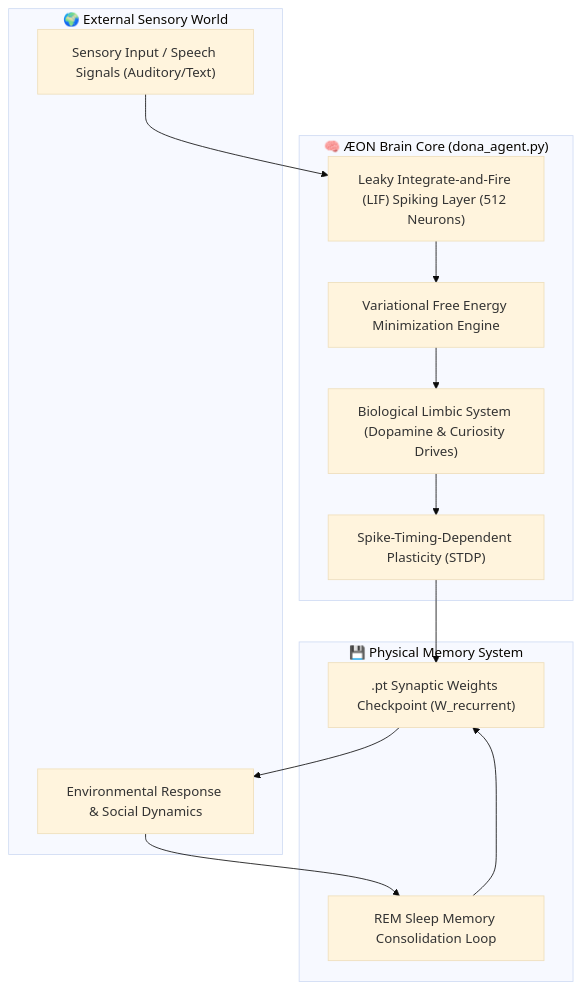
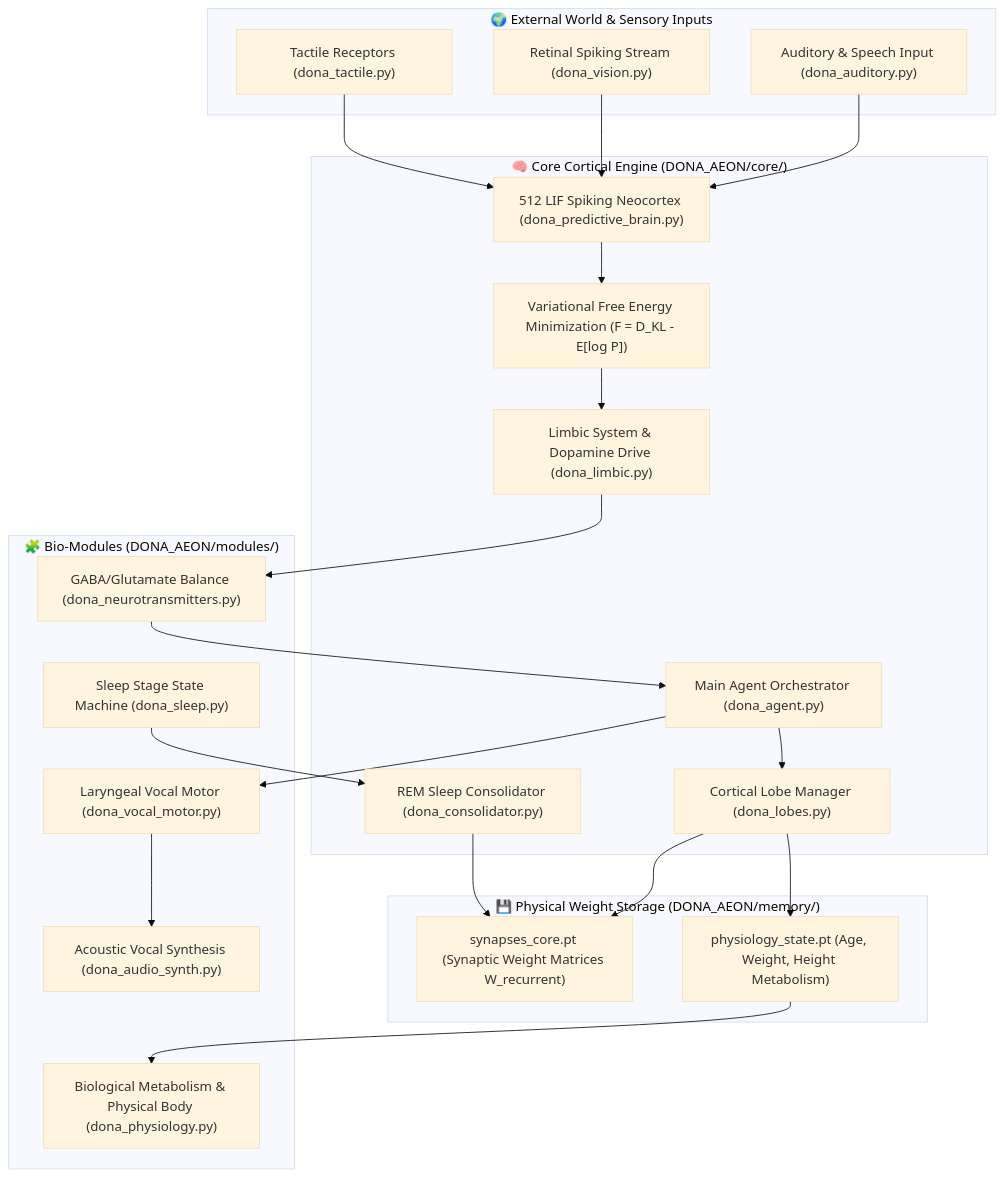
One commit to dobby-aidev/dona-aeon-showcase changed the diagram in README.md. Above: the diagram before and after it, drawn with Mermaid (base theme). The commit also changed other lines of this file, not shown here.

````diff
--- a/README.md
+++ b/README.md
@@ -40,28 +40,46 @@
 ```mermaid
 flowchart TD
-    subgraph Environment ["🌍 External Sensory World"]
-        Input["Sensory Input / Speech Signals (Auditory/Text)"]
-        Feedback["Environmental Response & Social Dynamics"]
+    subgraph Environment ["🌍 External World & Sensory Inputs"]
+        Auditory["Auditory & Speech Input (dona_auditory.py)"]
+        Vision["Retinal Spiking Stream (dona_vision.py)"]
+        Tactile["Tactile Receptors (dona_tactile.py)"]
     end
 
-    subgraph Cortex ["🧠 ÆON Brain Core (dona_agent.py)"]
-        LIF["Leaky Integrate-and-Fire (LIF) Spiking Layer (512 Neurons)"]
-        FEP["Variational Free Energy Minimization Engine"]
-        STDP["Spike-Timing-Dependent Plasticity (STDP)"]
-        Limbic["Biological Limbic System (Dopamine & Curiosity Drives)"]
+    subgraph CoreCortex ["🧠 Core Cortical Engine (DONA_AEON/core/)"]
+        Agent["Main Agent Orchestrator (dona_agent.py)"]
+        Neocortex["512 LIF Spiking Neocortex (dona_predictive_brain.py)"]
+        FEP["Variational Free Energy Minimization (F = D_KL - E[log P])"]
+        Limbic["Limbic System & Dopamine Drive (dona_limbic.py)"]
+        Lobes["Cortical Lobe Manager (dona_lobes.py)"]
+        Consolidator["REM Sleep Consolidator (dona_consolidator.py)"]
     end
 
-    subgraph Memory ["💾 Physical Memory System"]
-        PT[".pt Synaptic Weights Checkpoint (W_recurrent)"]
-        REM["REM Sleep Memory Consolidation Loop"]
+    subgraph SensoryModules ["🧩 Bio-Modules (DONA_AEON/modules/)"]
+        Physiology["Biological Metabolism & Physical Body (dona_physiology.py)"]
+        Sleep["Sleep Stage State Machine (dona_sleep.py)"]
+        Vocal["Laryngeal Vocal Motor (dona_vocal_motor.py)"]
+        Neuro["GABA/Glutamate Balance (dona_neurotransmitters.py)"]
+        Synth["Acoustic Vocal Synthesis (dona_audio_synth.py)"]
     end
 
-    Input --> LIF
-    LIF --> FEP
+    subgraph MemoryStorage ["💾 Physical Weight Storage (DONA_AEON/memory/)"]
+        Synapses["synapses_core.pt (Synaptic Weight Matrices W_recurrent)"]
+        PhysState["physiology_state.pt (Age, Weight, Height Metabolism)"]
+    end
+
+    Auditory --> Neocortex
+    Vision --> Neocortex
+    Tactile --> Neocortex
+    Neocortex --> FEP
     FEP --> Limbic
-    Limbic --> STDP
-    STDP --> PT
-    PT --> Feedback
-    Feedback --> REM
-    REM --> PT
+    Limbic --> Neuro
+    Neuro --> Agent
+    Agent --> Lobes
+    Lobes --> Synapses
+    Lobes --> PhysState
+    PhysState --> Physiology
+    Sleep --> Consolidator
+    Consolidator --> Synapses
+    Agent --> Vocal
+    Vocal --> Synth
 ```
````
